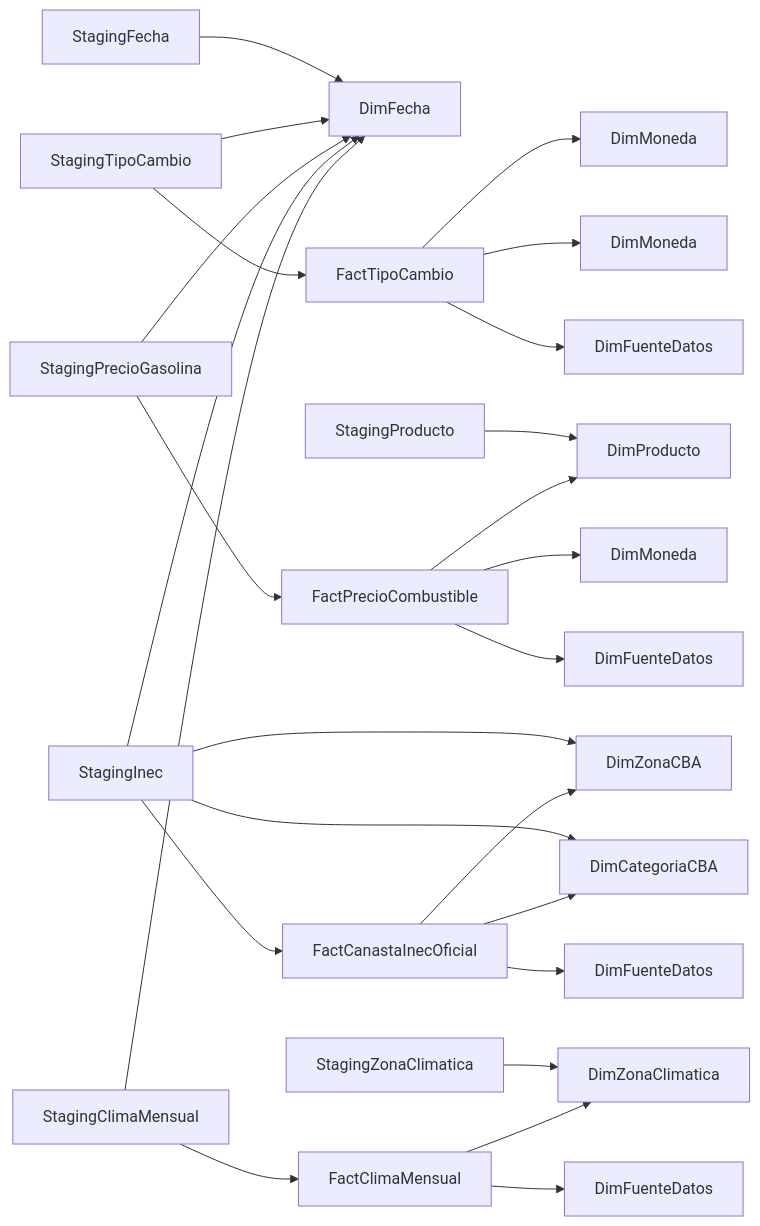
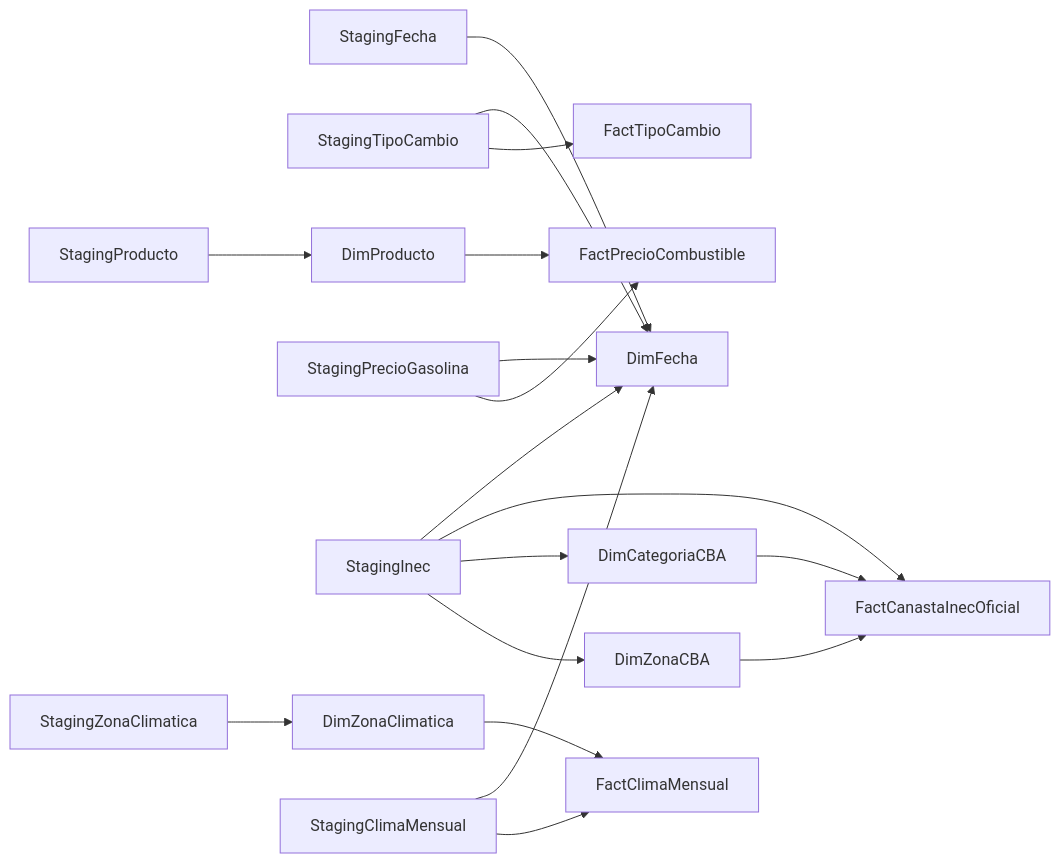
One commit to DesmondBermudez/Proyecto-AlmacenesDatos changed the third of 3 diagrams in README.md. Above: the diagram before and after it, drawn with Mermaid. The commit also changed other lines of this file and 2 other files, not shown here.

Commit message:
docs/reorganiza README y alinea diagramas con el flujo ETL y el modelo DW real fix/smoke: cambios menores de optimizacion feature/DW:query para Azure SQL

````diff
--- a/README.md
+++ b/README.md
@@ -252,31 +150,24 @@
 ```mermaid
 flowchart LR
-    SF["StagingFecha"] --> DF["DimFecha"]
+    A["StagingFecha"] --> B["DimFecha"]
 
-    STC["StagingTipoCambio"] --> FTC["FactTipoCambio"]
-    STC --> DF
-    FTC --> DM1["DimMoneda"]
-    FTC --> DM2["DimMoneda"]
-    FTC --> FD1["DimFuenteDatos"]
+    C["StagingTipoCambio"] --> D["FactTipoCambio"]
+    C --> B
 
-    SP["StagingProducto"] --> DP["DimProducto"]
-    SPG["StagingPrecioGasolina"] --> FPC["FactPrecioCombustible"]
-    SPG --> DF
-    FPC --> DP
-    FPC --> DM3["DimMoneda"]
-    FPC --> FD2["DimFuenteDatos"]
+    E["StagingProducto"] --> F["DimProducto"]
+    G["StagingPrecioGasolina"] --> H["FactPrecioCombustible"]
+    G --> B
+    F --> H
 
-    SI["StagingInec"] --> DZ["DimZonaCBA"]
-    SI --> DC["DimCategoriaCBA"]
-    SI --> DF
-    SI --> FCBA["FactCanastaInecOficial"]
-    FCBA --> DZ
-    FCBA --> DC
-    FCBA --> FD3["DimFuenteDatos"]
+    I["StagingInec"] --> J["DimZonaCBA"]
+    I --> K["DimCategoriaCBA"]
+    I --> L["FactCanastaInecOficial"]
+    I --> B
+    J --> L
+    K --> L
 
-    SZC["StagingZonaClimatica"] --> DZC["DimZonaClimatica"]
-    SCM["StagingClimaMensual"] --> FCM["FactClimaMensual"]
-    SCM --> DF
-    FCM --> DZC
-    FCM --> FD4["DimFuenteDatos"]
+    M["StagingZonaClimatica"] --> N["DimZonaClimatica"]
+    O["StagingClimaMensual"] --> P["FactClimaMensual"]
+    O --> B
+    N --> P
 ```
````
